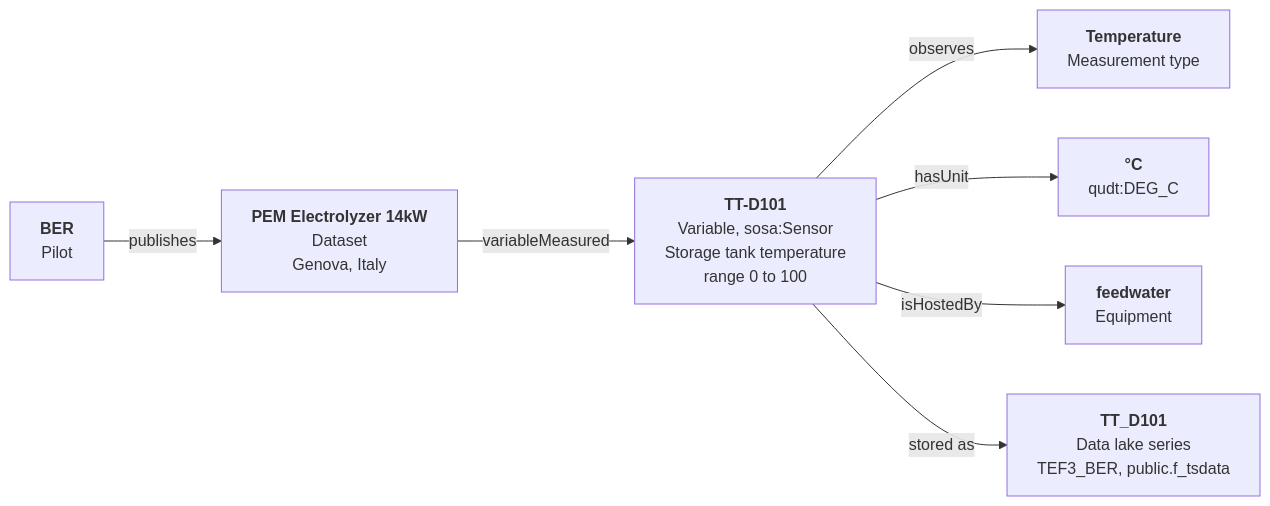
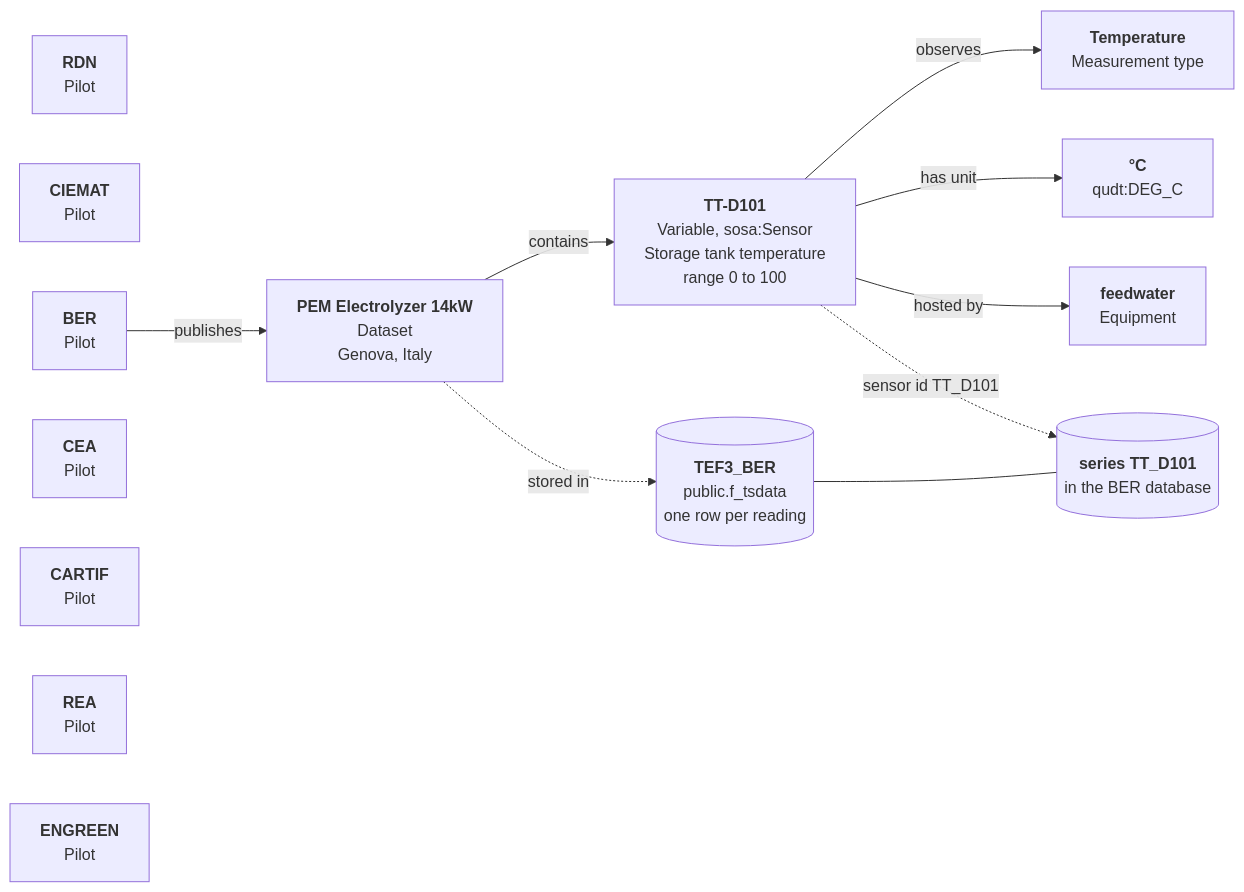
The second of 3 diagrams in docs/ontology-guide.md (EnergyGuardProject/semantic-ontology), drawn with Mermaid before and after one commit. The commit also changed other lines of this file and 2 other files, not shown here.

````diff
--- a/docs/ontology-guide.md
+++ b/docs/ontology-guide.md
@@ -191,9 +273,17 @@
 ```mermaid
 flowchart LR
+    RDN["<b>RDN</b><br/>Pilot"]
+    CIEMAT["<b>CIEMAT</b><br/>Pilot"]
     P["<b>BER</b><br/>Pilot"] -->|publishes| DS["<b>PEM Electrolyzer 14kW</b><br/>Dataset<br/>Genova, Italy"]
-    DS -->|variableMeasured| V["<b>TT-D101</b><br/>Variable, sosa:Sensor<br/>Storage tank temperature<br/>range 0 to 100"]
+    DS -->|contains| V["<b>TT-D101</b><br/>Variable, sosa:Sensor<br/>Storage tank temperature<br/>range 0 to 100"]
     V -->|observes| MT["<b>Temperature</b><br/>Measurement type"]
-    V -->|hasUnit| U["<b>°C</b><br/>qudt:DEG_C"]
-    V -->|isHostedBy| E["<b>feedwater</b><br/>Equipment"]
-    V -->|stored as| L["<b>TT_D101</b><br/>Data lake series<br/>TEF3_BER, public.f_tsdata"]
+    V -->|has unit| U["<b>°C</b><br/>qudt:DEG_C"]
+    V -->|hosted by| E["<b>feedwater</b><br/>Equipment"]
+    DS -.->|stored in| DB[("<b>TEF3_BER</b><br/>public.f_tsdata<br/>one row per reading")]
+    V -.->|sensor id TT_D101| S[("<b>series TT_D101</b><br/>in the BER database")]
+    DB --- S
+    CEA["<b>CEA</b><br/>Pilot"]
+    CARTIF["<b>CARTIF</b><br/>Pilot"]
+    REA["<b>REA</b><br/>Pilot"]
+    ENGREEN["<b>ENGREEN</b><br/>Pilot"]
 ```
````
